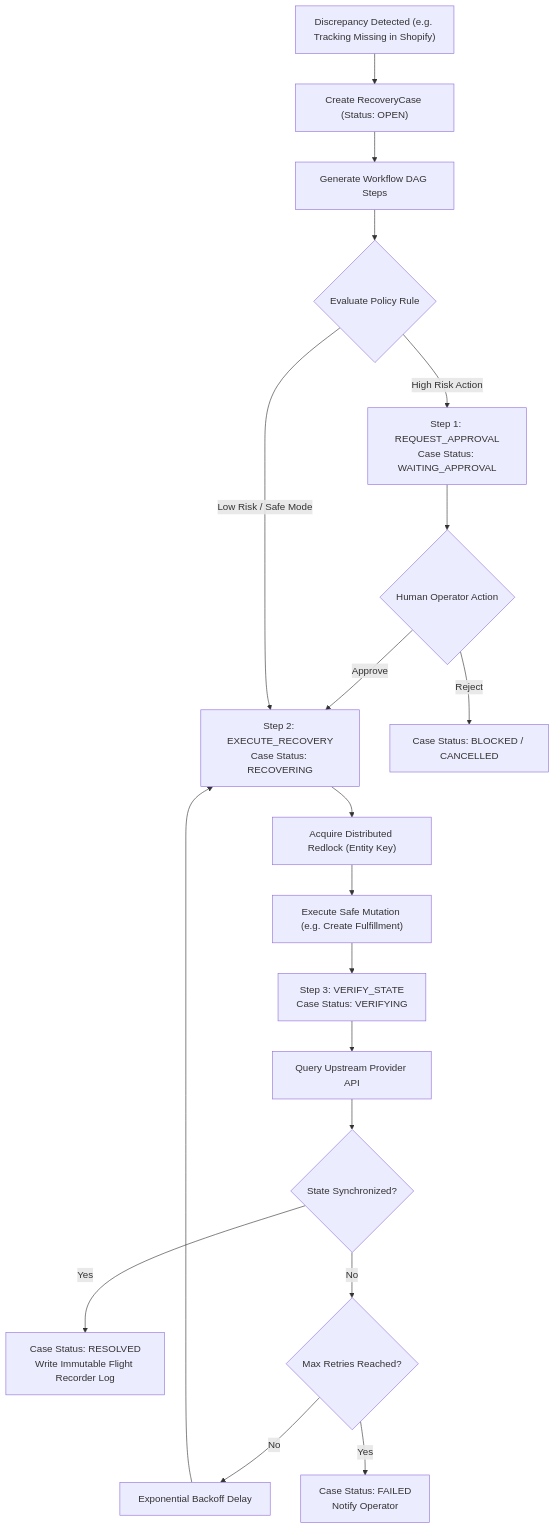
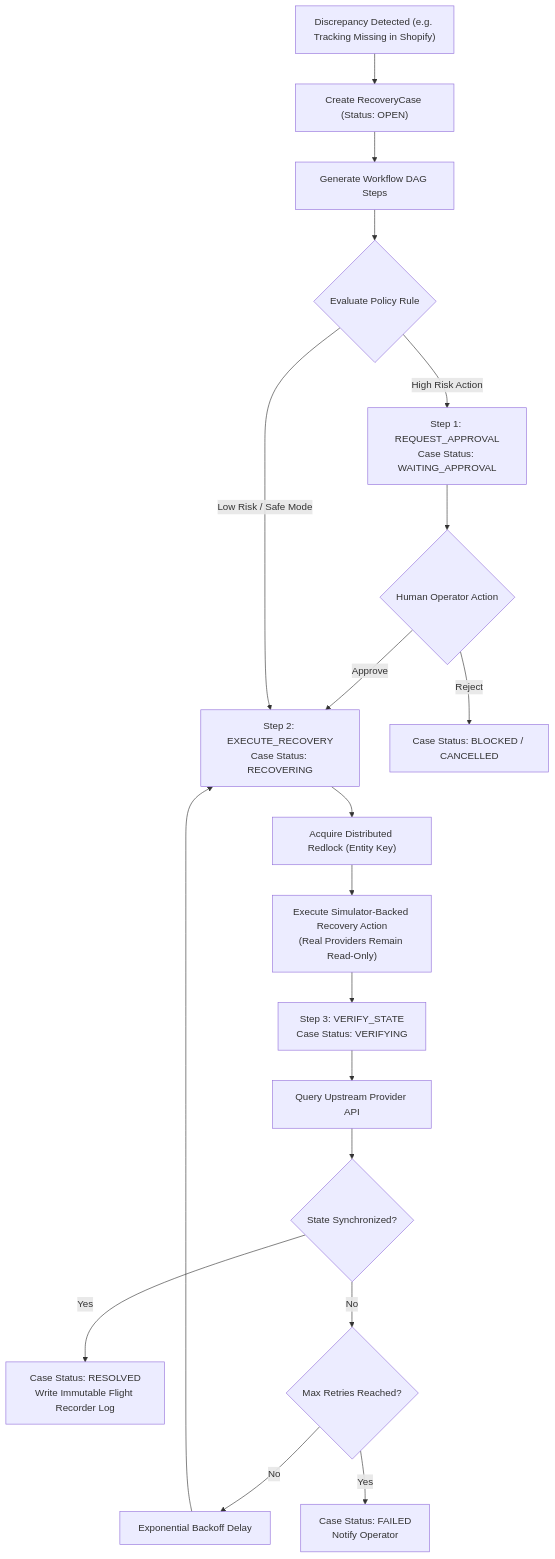
The fourth of 4 diagrams in README.md (arsi505/Reloop), drawn with Mermaid before and after one commit. The commit also changed other lines of this file and 5 other files, not shown here.

````diff
--- a/README.md
+++ b/README.md
@@ -159,24 +159,24 @@
 ```mermaid
 flowchart TD
     Detect["Discrepancy Detected (e.g. Tracking Missing in Shopify)"] --> CreateCase["Create RecoveryCase (Status: OPEN)"]
     CreateCase --> GenDAG["Generate Workflow DAG Steps"]
     GenDAG --> EvaluatePolicy{"Evaluate Policy Rule"}
 
     EvaluatePolicy -->|High Risk Action| Gate["Step 1: REQUEST_APPROVAL<br/>Case Status: WAITING_APPROVAL"]
     Gate --> HumanReview{"Human Operator Action"}
     HumanReview -->|Approve| ExecStep["Step 2: EXECUTE_RECOVERY<br/>Case Status: RECOVERING"]
     HumanReview -->|Reject| BlockStep["Case Status: BLOCKED / CANCELLED"]
 
     EvaluatePolicy -->|Low Risk / Safe Mode| ExecStep
 
     ExecStep --> AcquireLock["Acquire Distributed Redlock (Entity Key)"]
-    AcquireLock --> UpstreamMutation["Execute Safe Mutation (e.g. Create Fulfillment)"]
-    UpstreamMutation --> StepVerify["Step 3: VERIFY_STATE<br/>Case Status: VERIFYING"]
+    AcquireLock --> SimulatorAction["Execute Simulator-Backed Recovery Action<br/>(Real Providers Remain Read-Only)"]
+    SimulatorAction --> StepVerify["Step 3: VERIFY_STATE<br/>Case Status: VERIFYING"]
     StepVerify --> CrossQuery["Query Upstream Provider API"]
     CrossQuery --> ValidateCheck{"State Synchronized?"}
 
     ValidateCheck -->|Yes| Resolved["Case Status: RESOLVED<br/>Write Immutable Flight Recorder Log"]
     ValidateCheck -->|No| RetryPolicy{"Max Retries Reached?"}
     RetryPolicy -->|No| Backoff["Exponential Backoff Delay"] --> ExecStep
     RetryPolicy -->|Yes| MarkFailed["Case Status: FAILED<br/>Notify Operator"]
 ```
````
